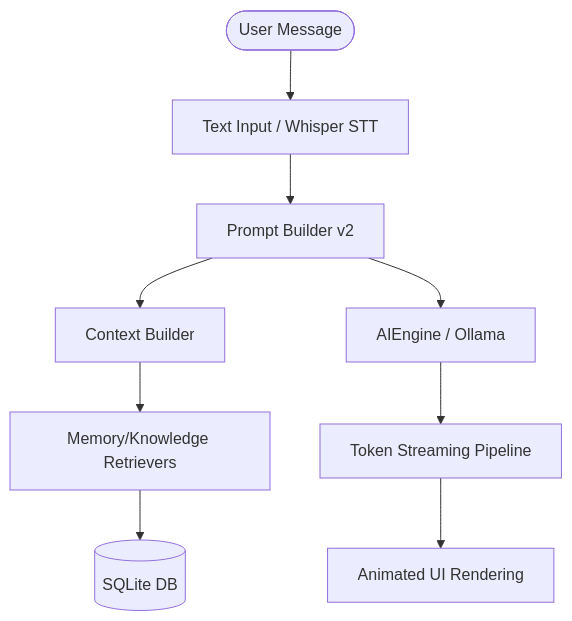
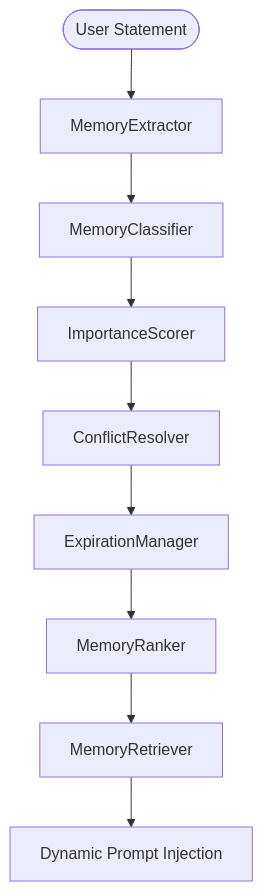
Before and after one commit to Anush-Kashyap/EggMan: the third of 6 diagrams in Project_context.md, drawn with Mermaid. The commit also changed other lines of this file, not shown here.

Commit message:
Project context.md is added

````diff
--- a/Project_context.md
+++ b/Project_context.md
@@ -14,11 +145,11 @@
 ```mermaid
 graph TD
-    User([User Message]) --> Input[Text Input / Whisper STT]
-    Input --> PromptEng[Prompt Builder v2]
-    PromptEng --> Context[Context Builder]
-    Context --> Retrieval[Memory/Knowledge Retrievers]
-    Retrieval --> SQLite[(SQLite DB)]
-    PromptEng --> LLM[AIEngine / Ollama]
-    LLM --> Stream[Token Streaming Pipeline]
-    Stream --> UI[Animated UI Rendering]
+    UserStmt([User Statement]) --> ME[MemoryExtractor]
+    ME --> MC[MemoryClassifier]
+    MC --> IS[ImportanceScorer]
+    IS --> CR[ConflictResolver]
+    CR --> EM[ExpirationManager]
+    EM --> MR[MemoryRanker]
+    MR --> MRet[MemoryRetriever]
+    MRet --> Inject[Dynamic Prompt Injection]
 ```
````
